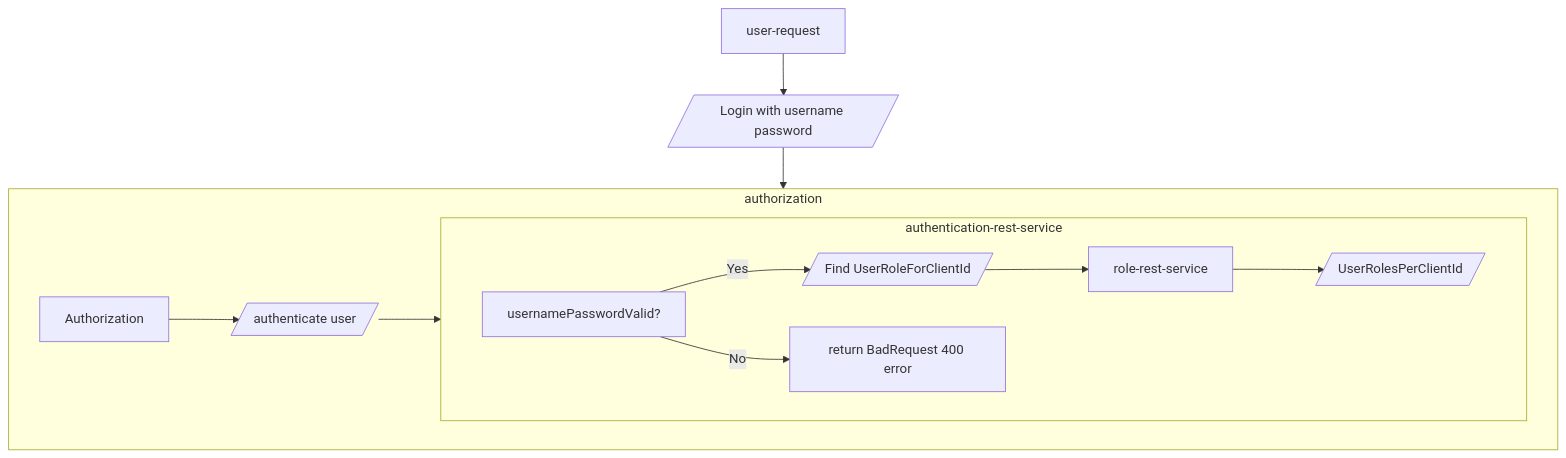
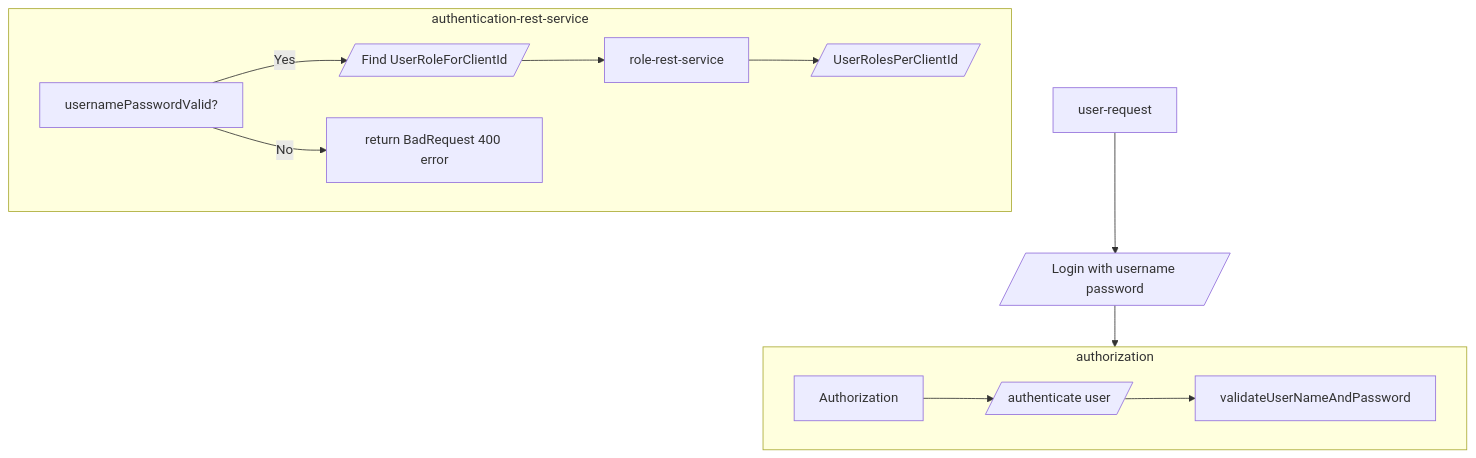
One commit to sonamsamdupkhangsar/spring-authorization-serve changed the diagram in README.md. Above: the diagram before and after it, drawn with Mermaid.

````diff
--- a/README.md
+++ b/README.md
@@ -35,15 +35,15 @@
 ```mermaid
 flowchart TD
  User[user-request] -->login[/Login with username password/]--> authorization[Authorization]
  
  subgraph authorization
- Authorization-->authenticate[/authenticate user/]--> authentication
+ Authorization-->authenticate[/authenticate user/]--> validateUserNameAndPassword
  end
  
  subgraph authentication[authentication-rest-service]
  validateUsernameAndPassword["usernamePasswordValid?"]
  validateUsernameAndPassword -->|Yes| getUserRoleForClientId[/Find UserRoleForClientId/]
  validateUsernameAndPassword -->|No| returnError[return BadRequest 400 error]
  getUserRoleForClientId --> role-rest-service--> roles[/UserRolesPerClientId/]   
  end 
 ```
````
